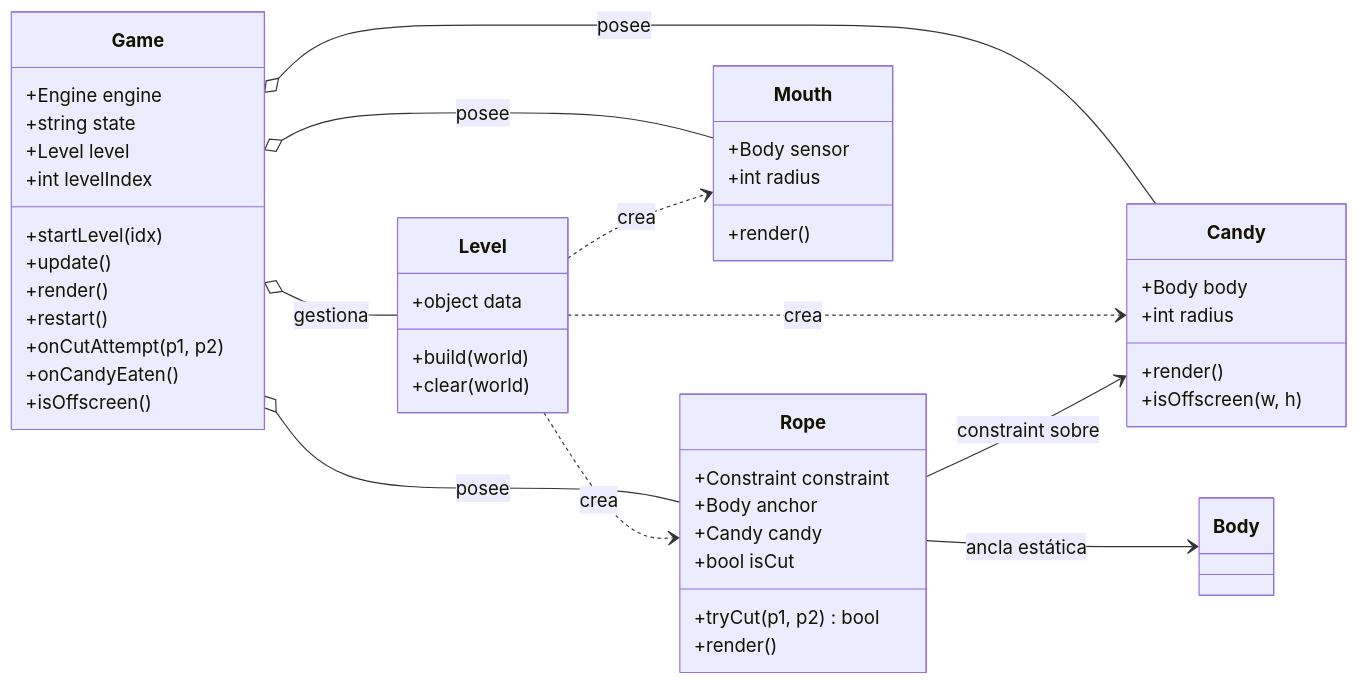
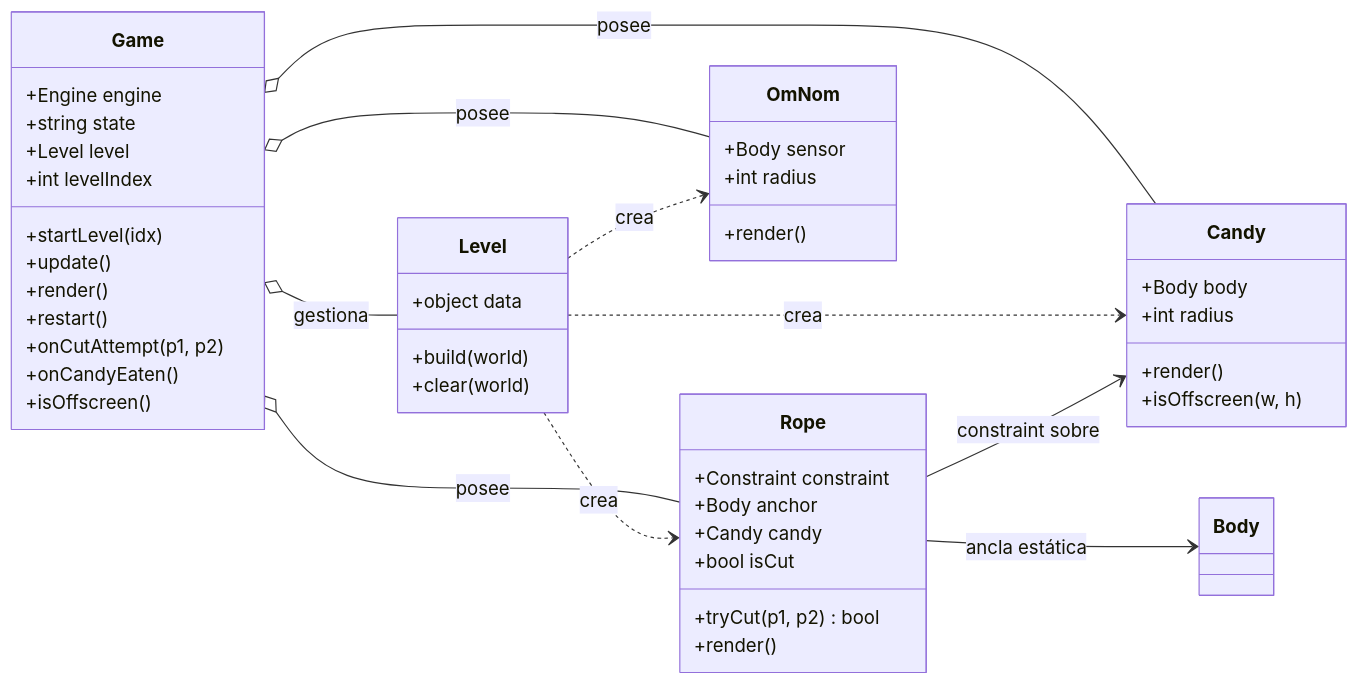
The third of 4 diagrams in docs/arquitectura-mvp.md (ShryhakAkizuki/Cut_The_Rope-Visual_Computing_2026-II), drawn with Mermaid before and after one commit. The commit also changed other lines of this file and 8 other files, not shown here.

````diff
--- a/docs/arquitectura-mvp.md
+++ b/docs/arquitectura-mvp.md
@@ -122,56 +122,56 @@
 ```mermaid
 classDiagram
     direction LR
 
     class Game {
         +Engine engine
         +string state
         +Level level
         +int levelIndex
         +startLevel(idx)
         +update()
         +render()
         +restart()
         +onCutAttempt(p1, p2)
         +onCandyEaten()
         +isOffscreen()
     }
 
     class Level {
         +object data
         +build(world)
         +clear(world)
     }
 
     class Candy {
         +Body body
         +int radius
         +render()
         +isOffscreen(w, h)
     }
 
     class Rope {
         +Constraint constraint
         +Body anchor
         +Candy candy
         +bool isCut
         +tryCut(p1, p2) bool
         +render()
     }
 
-    class Mouth {
+    class OmNom {
         +Body sensor
         +int radius
         +render()
     }
 
     Game o-- Level : gestiona
     Game o-- Candy : posee
     Game o-- Rope : posee
-    Game o-- Mouth : posee
+    Game o-- OmNom : posee
     Level ..> Candy : crea
     Level ..> Rope : crea
-    Level ..> Mouth : crea
+    Level ..> OmNom : crea
     Rope --> Candy : constraint sobre
     Rope --> Body : ancla estática
 ```
````
